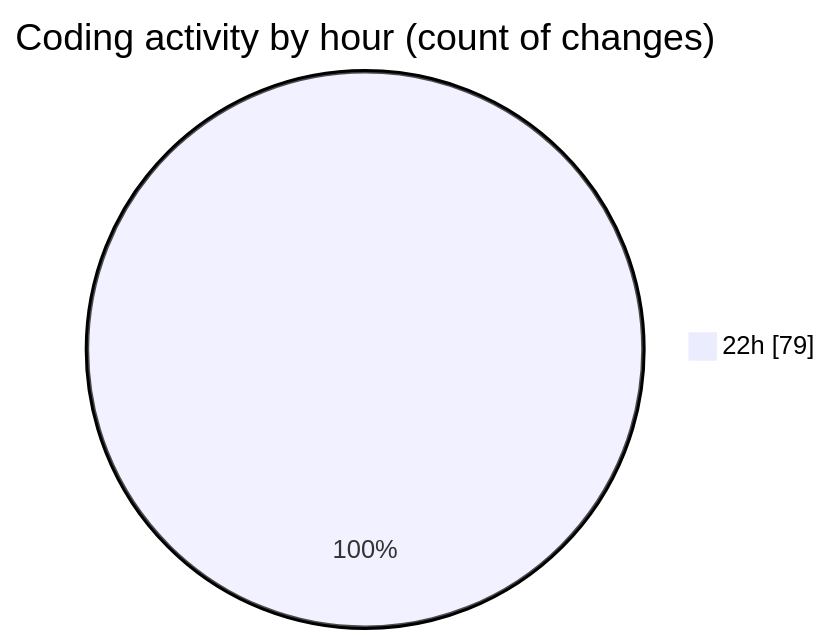
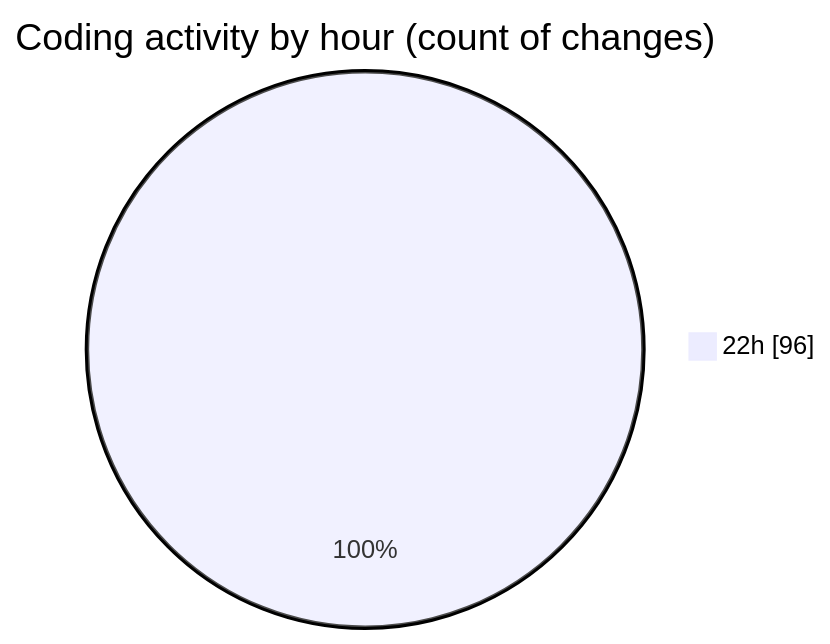
The second of 2 diagrams in 2026-01-10/dsa/README.md (Ritupan-Deka/code-tracking), drawn with Mermaid before and after one commit. The commit also changed other lines of this file and 1 other file, not shown here.

````diff
--- a/2026-01-10/dsa/README.md
+++ b/2026-01-10/dsa/README.md
@@ -30,5 +30,5 @@
 ```mermaid
 pie showData
 title Coding activity by hour (count of changes)
-"22h" : 79
+"22h" : 96
 ```
````
